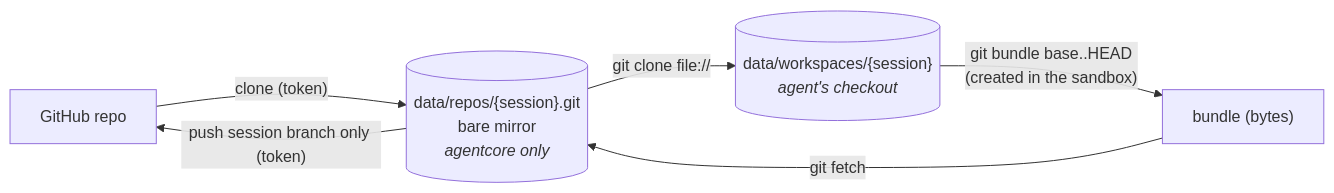
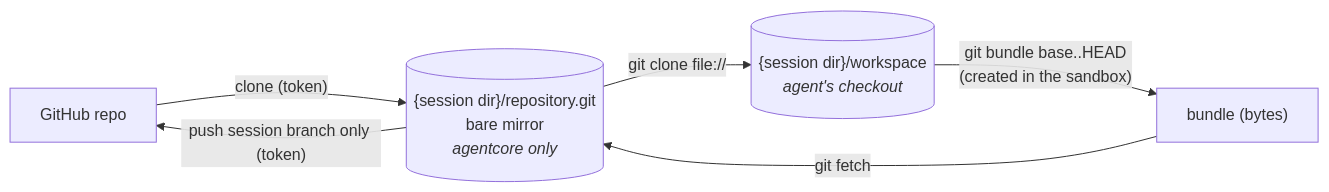
Before and after one commit to Jaelse/agentcore: diagram 11 of 16 in docs/ARCHITECTURE.md, drawn with Mermaid. The commit also changed other lines of this file and 52 other files, not shown here.

````diff
--- a/docs/ARCHITECTURE.md
+++ b/docs/ARCHITECTURE.md
@@ -343,8 +343,8 @@
 ```mermaid
 flowchart LR
-    GH["GitHub repo"] -- "clone (token)" --> M[("data/repos/{session}.git<br/>bare mirror<br/><i>agentcore only</i>")]
-    M -- "git clone file://" --> W[("data/workspaces/{session}<br/><i>agent's checkout</i>")]
+    GH["GitHub repo"] -- "clone (token)" --> M[("{session dir}/repository.git<br/>bare mirror<br/><i>agentcore only</i>")]
+    M -- "git clone file://" --> W[("{session dir}/workspace<br/><i>agent's checkout</i>")]
     W -- "git bundle base..HEAD<br/>(created in the sandbox)" --> BUN["bundle (bytes)"]
     BUN -- "git fetch" --> M
     M -- "push session branch only (token)" --> GH
 ```
````
